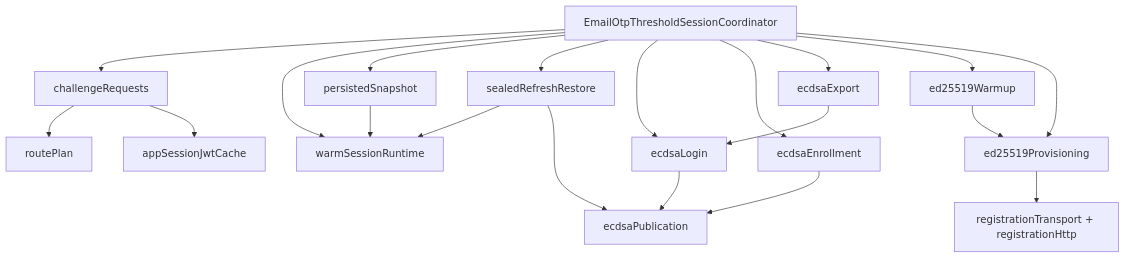
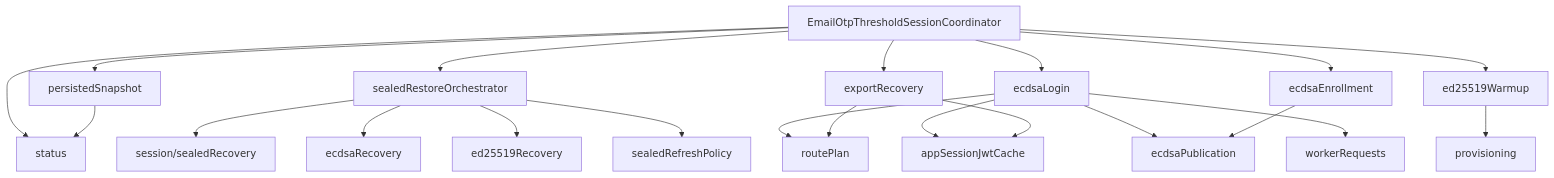
One commit to seams-tech/seams-sdk changed the diagram in docs/refactor-34-email-otp-coordinator.md. Above: the diagram before and after it, drawn with Mermaid. The commit also changed other lines of this file and 7 other files, not shown here.

````diff
--- a/docs/refactor-34-email-otp-coordinator.md
+++ b/docs/refactor-34-email-otp-coordinator.md
@@ -77,23 +171,24 @@
 ```mermaid
 flowchart TD
-  FACADE["EmailOtpThresholdSessionCoordinator"] --> CHAL["challengeRequests"]
-  FACADE --> WARM["warmSessionRuntime"]
+  FACADE["EmailOtpThresholdSessionCoordinator"] --> STATUS["status"]
   FACADE --> SNAP["persistedSnapshot"]
-  FACADE --> RESTORE["sealedRefreshRestore"]
+  FACADE --> RESTORE["sealedRestoreOrchestrator"]
   FACADE --> ECDSA_LOGIN["ecdsaLogin"]
   FACADE --> ECDSA_ENROLL["ecdsaEnrollment"]
-  FACADE --> ECDSA_EXPORT["ecdsaExport"]
+  FACADE --> ECDSA_EXPORT["exportRecovery"]
   FACADE --> ED_WARM["ed25519Warmup"]
-  FACADE --> ED_PROV["ed25519Provisioning"]
 
-  CHAL --> ROUTE["routePlan"]
-  CHAL --> APPJWT["appSessionJwtCache"]
+  ECDSA_LOGIN --> ROUTE["routePlan"]
+  ECDSA_LOGIN --> APPJWT["appSessionJwtCache"]
   ECDSA_LOGIN --> PUB["ecdsaPublication"]
+  ECDSA_LOGIN --> WORKER["workerRequests"]
   ECDSA_ENROLL --> PUB
-  ECDSA_EXPORT --> ECDSA_LOGIN
-  ED_WARM --> ED_PROV
-  RESTORE --> WARM
-  RESTORE --> PUB
-  SNAP --> WARM
-  ED_PROV --> REG["registrationTransport + registrationHttp"]
+  ECDSA_EXPORT --> ROUTE
+  ECDSA_EXPORT --> APPJWT
+  ED_WARM --> PROV["provisioning"]
+  RESTORE --> SEALED["session/sealedRecovery"]
+  RESTORE --> ECDSA_REC["ecdsaRecovery"]
+  RESTORE --> ED_REC["ed25519Recovery"]
+  RESTORE --> POLICY["sealedRefreshPolicy"]
+  SNAP --> STATUS
 ```
````
